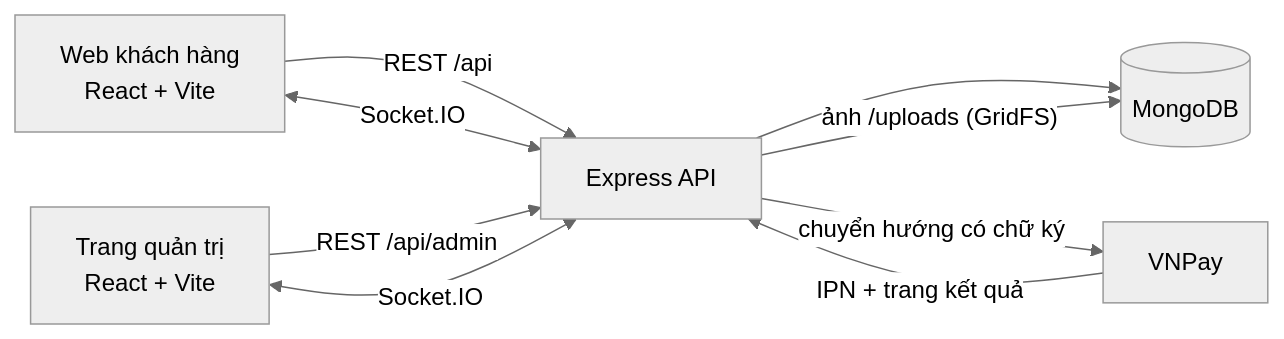
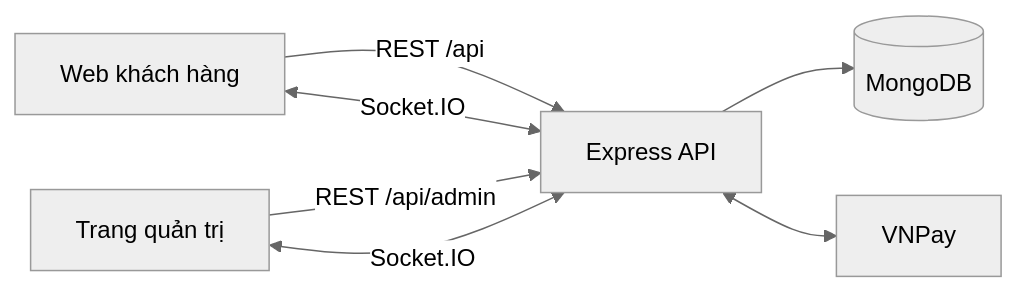
Before and after one commit to PhuHuu16/ShopCar: the diagram in README.md, drawn with Mermaid (neutral theme). The commit also changed other lines of this file and 117 other files, not shown here.

````diff
--- a/README.md
+++ b/README.md
@@ -67,11 +37,9 @@
 ```mermaid
 flowchart LR
-  C[Web khách hàng<br/>React + Vite] -- REST /api --> A
-  M[Trang quản trị<br/>React + Vite] -- REST /api/admin --> A
+  C[Web khách hàng] -- REST /api --> A
+  M[Trang quản trị] -- REST /api/admin --> A
   C <-- Socket.IO --> A
   M <-- Socket.IO --> A
   A[Express API] --> D[(MongoDB)]
-  A -->|"ảnh /uploads (GridFS)"| D
-  A -- chuyển hướng có chữ ký --> V[VNPay]
-  V -- IPN + trang kết quả --> A
+  A <--> V[VNPay]
 ```
````
